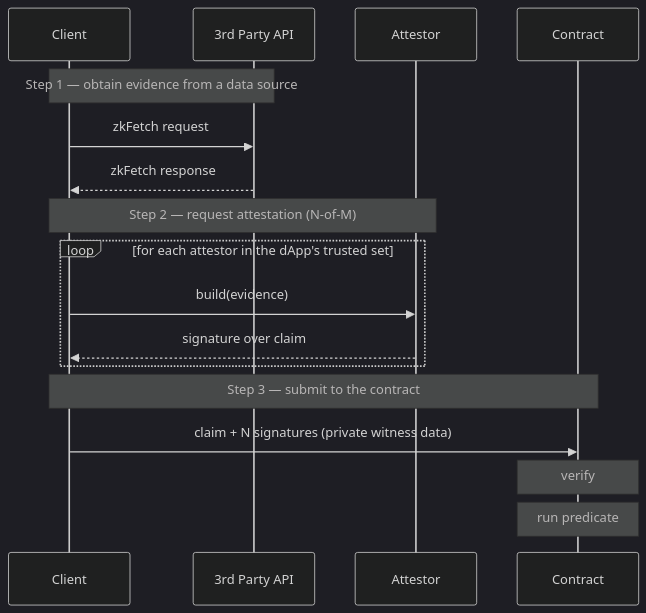
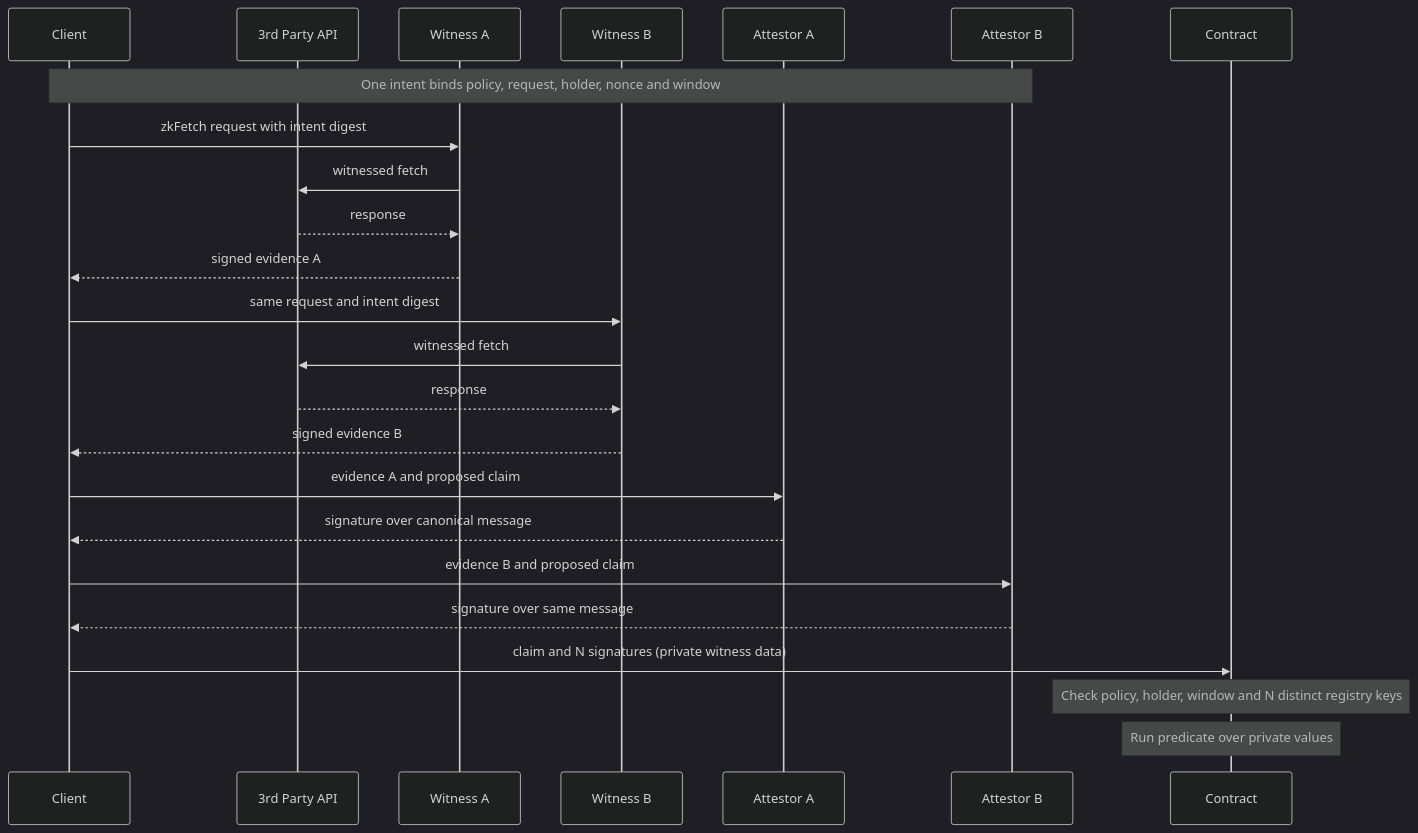
Before and after one commit to txpipe/thoth: the diagram in docs/DESIGN.md, drawn with Mermaid (dark theme). The commit also changed other lines of this file and 2 other files, not shown here.

Commit message:
test: cover cross-seam attestation bindings (#46)

````diff
--- a/docs/DESIGN.md
+++ b/docs/DESIGN.md
@@ -100,22 +103,27 @@
 ```mermaid
 sequenceDiagram
     participant Client
     participant API as 3rd Party API
-    participant Attestor
+    participant WitnessA as Witness A
+    participant WitnessB as Witness B
+    participant AttestorA as Attestor A
+    participant AttestorB as Attestor B
     participant Contract
 
-    Note over Client,API: Step 1 — obtain evidence from a data source
-    Client->>API: zkFetch request
-    API-->>Client: zkFetch response
-
-    Note over Client,Attestor: Step 2 — request attestation (N-of-M)
-    loop for each attestor in the dApp's trusted set
-        Client->>Attestor: build(evidence)
-        Attestor-->>Client: signature over claim
-    end
-
-    Note over Client,Contract: Step 3 — submit to the contract
-    Client->>Contract: claim + N signatures (private witness data)
-    Note over Contract: verify
-    Note over Contract: run predicate
+    Note over Client,AttestorB: One intent binds policy, request, holder, nonce and window
+    Client->>WitnessA: zkFetch request with intent digest
+    WitnessA->>API: witnessed fetch
+    API-->>WitnessA: response
+    WitnessA-->>Client: signed evidence A
+    Client->>WitnessB: same request and intent digest
+    WitnessB->>API: witnessed fetch
+    API-->>WitnessB: response
+    WitnessB-->>Client: signed evidence B
+    Client->>AttestorA: evidence A and proposed claim
+    AttestorA-->>Client: signature over canonical message
+    Client->>AttestorB: evidence B and proposed claim
+    AttestorB-->>Client: signature over same message
+    Client->>Contract: claim and N signatures (private witness data)
+    Note over Contract: Check policy, holder, window and N distinct registry keys
+    Note over Contract: Run predicate over private values
 ```
````
